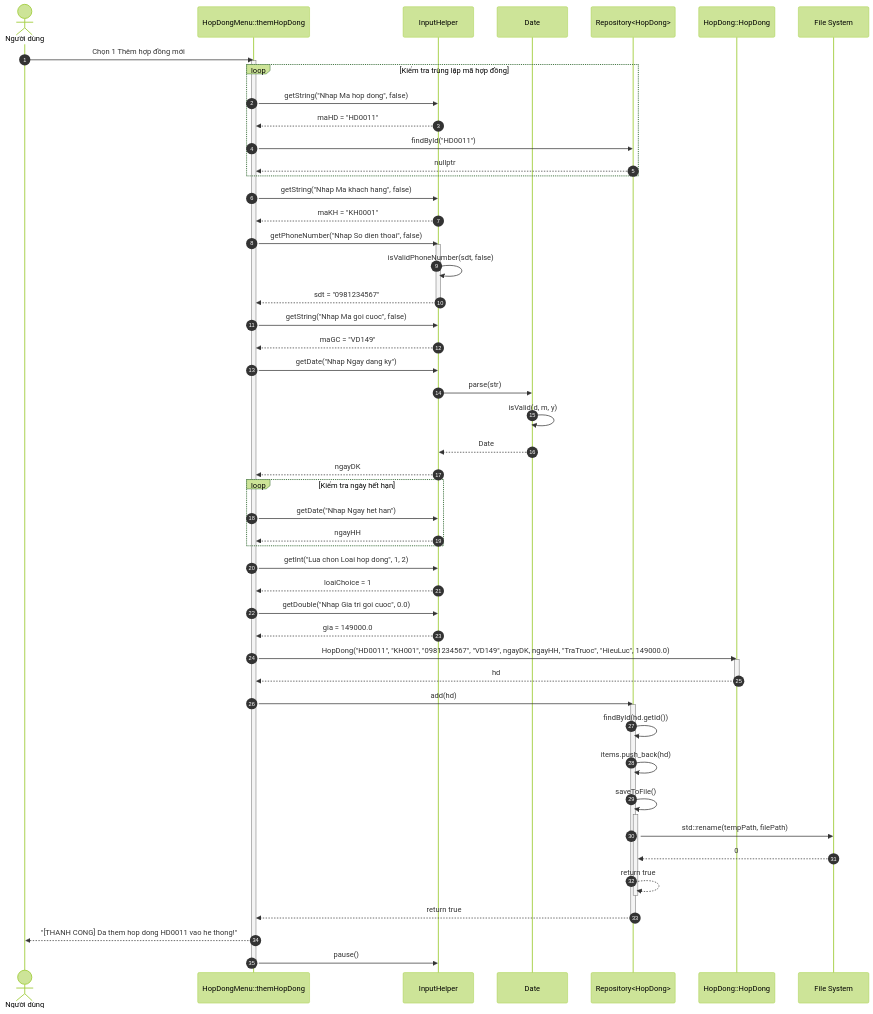
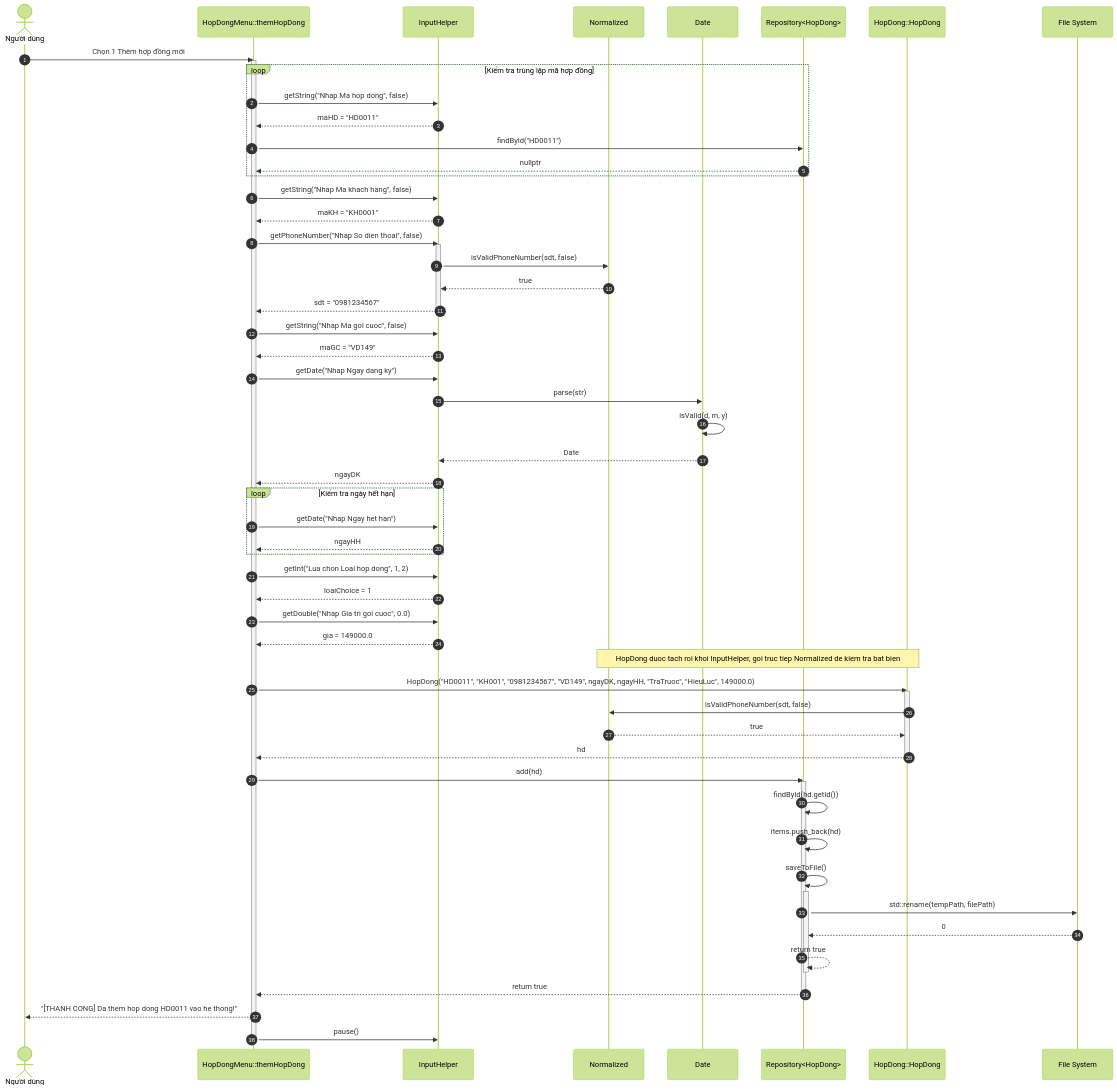
The third of 6 diagrams in docs/Operational/FUNCTION_CALLFLOW_SPEC.md (vgbn2/BTL_KTLT), drawn with Mermaid (forest theme) before and after one commit. The commit also changed other lines of this file and 32 other files, not shown here.

````diff
--- a/docs/Operational/FUNCTION_CALLFLOW_SPEC.md
+++ b/docs/Operational/FUNCTION_CALLFLOW_SPEC.md
@@ -117,72 +134,77 @@
 ```mermaid
 sequenceDiagram
     autonumber
     actor User as Người dùng
     participant Menu as HopDongMenu::themHopDong
     participant Input as InputHelper
+    participant Norm as Normalized
     participant DateMod as Date
     participant Repo as Repository<HopDong>
     participant Model as HopDong::HopDong
     participant Disk as File System
 
     User->>Menu: Chọn 1 Thêm hợp đồng mới
     activate Menu
 
     loop Kiểm tra trùng lặp mã hợp đồng
         Menu->>Input: getString("Nhap Ma hop dong", false)
         Input-->>Menu: maHD = "HD0011"
         Menu->>Repo: findById("HD0011")
         Repo-->>Menu: nullptr
     end
 
     Menu->>Input: getString("Nhap Ma khach hang", false)
     Input-->>Menu: maKH = "KH0001"
 
     Menu->>Input: getPhoneNumber("Nhap So dien thoai", false)
     activate Input
-    Input->>Input: isValidPhoneNumber(sdt, false)
+    Input->>Norm: isValidPhoneNumber(sdt, false)
+    Norm-->>Input: true
     Input-->>Menu: sdt = "0981234567"
     deactivate Input
 
     Menu->>Input: getString("Nhap Ma goi cuoc", false)
     Input-->>Menu: maGC = "VD149"
 
     Menu->>Input: getDate("Nhap Ngay dang ky")
     Input->>DateMod: parse(str)
     DateMod->>DateMod: isValid(d, m, y)
     DateMod-->>Input: Date
     Input-->>Menu: ngayDK
 
     loop Kiểm tra ngày hết hạn
         Menu->>Input: getDate("Nhap Ngay het han")
         Input-->>Menu: ngayHH
     end
 
     Menu->>Input: getInt("Lua chon Loai hop dong", 1, 2)
     Input-->>Menu: loaiChoice = 1
 
     Menu->>Input: getDouble("Nhap Gia tri goi cuoc", 0.0)
     Input-->>Menu: gia = 149000.0
 
+    Note over Model,Norm: HopDong duoc tach roi khoi InputHelper, goi truc tiep Normalized de kiem tra bat bien
     Menu->>Model: HopDong("HD0011", "KH001", "0981234567", "VD149", ngayDK, ngayHH, "TraTruoc", "HieuLuc", 149000.0)
     activate Model
+    Model->>Norm: isValidPhoneNumber(sdt, false)
+    Norm-->>Model: true
     Model-->>Menu: hd
     deactivate Model
 
     Menu->>Repo: add(hd)
     activate Repo
     Repo->>Repo: findById(hd.getId())
     Repo->>Repo: items.push_back(hd)
     Repo->>Repo: saveToFile()
     activate Repo
     Repo->>Disk: std::rename(tempPath, filePath)
     Disk-->>Repo: 0
     Repo-->>Repo: return true
     deactivate Repo
     Repo-->>Menu: return true
     deactivate Repo
 
     Menu-->>User: "[THANH CONG] Da them hop dong HD0011 vao he thong!"
     Menu->>Input: pause()
     deactivate Menu
 ```
````
